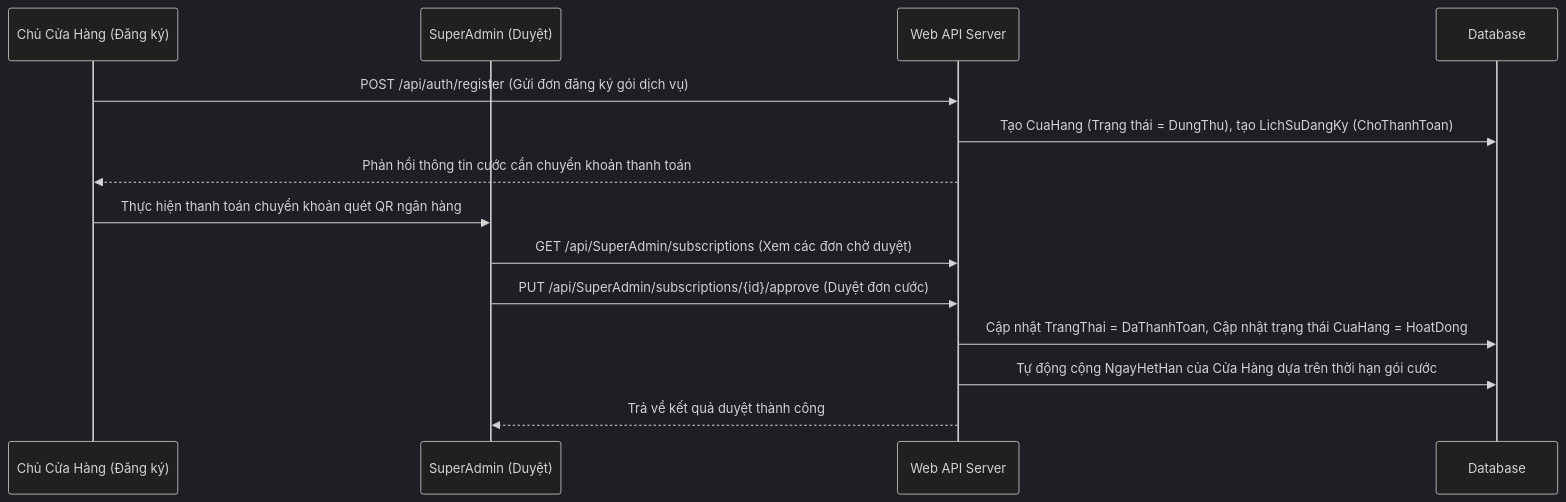
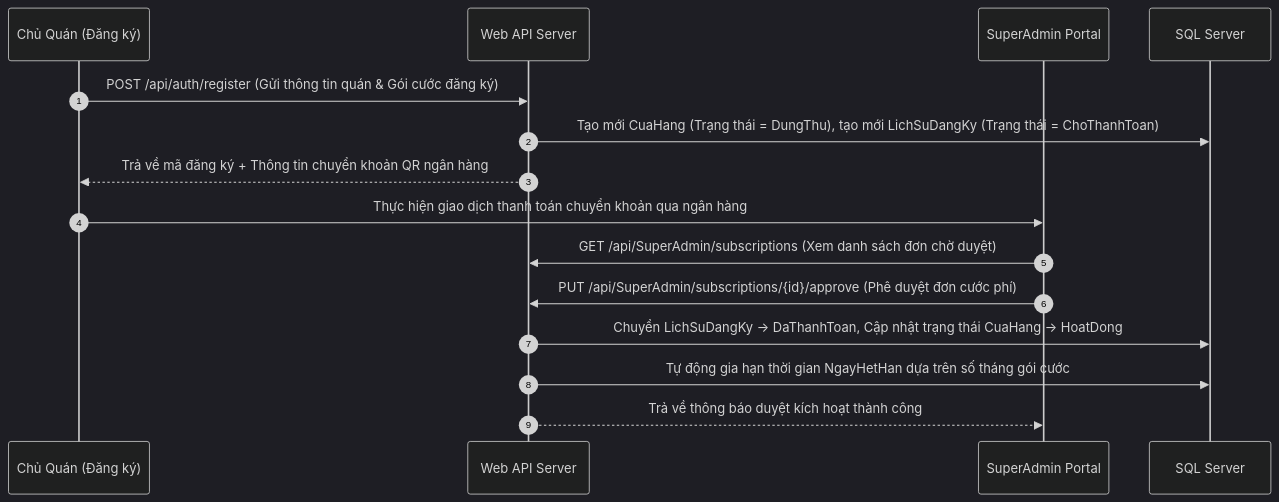
The fourth of 5 diagrams in README.md (Nhanduc2912/POS36), drawn with Mermaid (dark theme) before and after one commit. The commit also changed other lines of this file, not shown here.

````diff
--- a/README.md
+++ b/README.md
@@ -516,17 +532,18 @@
 ```mermaid
 sequenceDiagram
-    participant Owner as Chủ Cửa Hàng (Đăng ký)
-    participant SAD as SuperAdmin (Duyệt)
+    autonumber
+    participant Khach as Chủ Quán (Đăng ký)
     participant API as Web API Server
-    participant DB as Database
+    participant SAD as SuperAdmin Portal
+    participant DB as SQL Server
     
-    Owner->>API: POST /api/auth/register (Gửi đơn đăng ký gói dịch vụ)
-    API->>DB: Tạo CuaHang (Trạng thái = DungThu), tạo LichSuDangKy (ChoThanhToan)
-    API-->>Owner: Phản hồi thông tin cước cần chuyển khoản thanh toán
-    Owner->>SAD: Thực hiện thanh toán chuyển khoản quét QR ngân hàng
-    SAD->>API: GET /api/SuperAdmin/subscriptions (Xem các đơn chờ duyệt)
-    SAD->>API: PUT /api/SuperAdmin/subscriptions/{id}/approve (Duyệt đơn cước)
-    API->>DB: Cập nhật TrangThai = DaThanhToan, Cập nhật trạng thái CuaHang = HoatDong
-    API->>DB: Tự động cộng NgayHetHan của Cửa Hàng dựa trên thời hạn gói cước
-    API-->>SAD: Trả về kết quả duyệt thành công
+    Khach->>API: POST /api/auth/register (Gửi thông tin quán & Gói cước đăng ký)
+    API->>DB: Tạo mới CuaHang (Trạng thái = DungThu), tạo mới LichSuDangKy (Trạng thái = ChoThanhToan)
+    API-->>Khach: Trả về mã đăng ký + Thông tin chuyển khoản QR ngân hàng
+    Khach->>SAD: Thực hiện giao dịch thanh toán chuyển khoản qua ngân hàng
+    SAD->>API: GET /api/SuperAdmin/subscriptions (Xem danh sách đơn chờ duyệt)
+    SAD->>API: PUT /api/SuperAdmin/subscriptions/{id}/approve (Phê duyệt đơn cước phí)
+    API->>DB: Chuyển LichSuDangKy -> DaThanhToan, Cập nhật trạng thái CuaHang -> HoatDong
+    API->>DB: Tự động gia hạn thời gian NgayHetHan dựa trên số tháng gói cước
+    API-->>SAD: Trả về thông báo duyệt kích hoạt thành công
 ```
````
